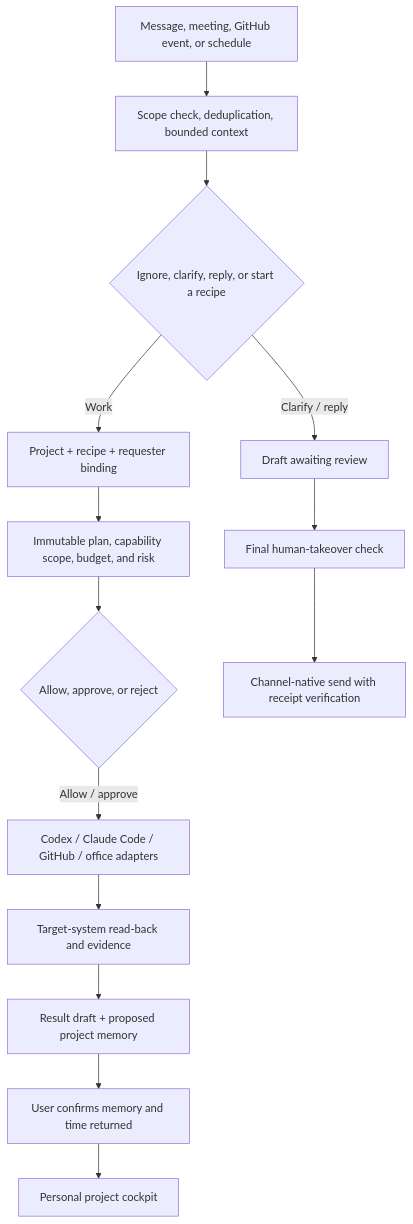
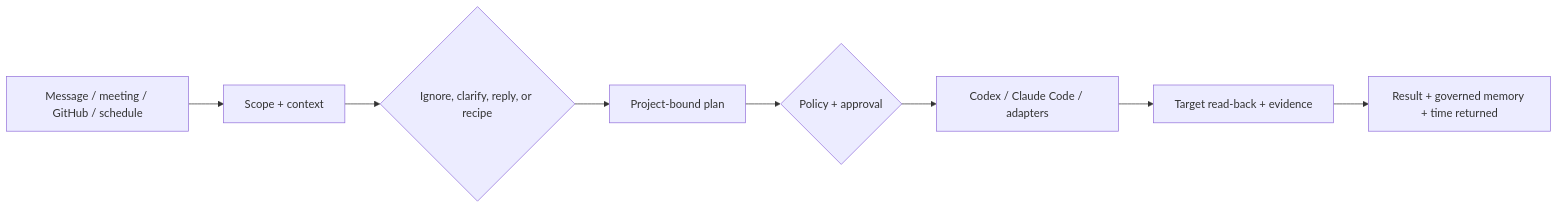
One commit to ruiwang20010702/ai-employee changed the diagram in README.md. Above: the diagram before and after it, drawn with Mermaid. The commit also changed other lines of this file and 13 other files, not shown here.

````diff
--- a/README.md
+++ b/README.md
@@ -63,16 +47,10 @@
 ```mermaid
-flowchart TD
-    A["Message, meeting, GitHub event, or schedule"] --> B["Scope check, deduplication, bounded context"]
-    B --> C{"Ignore, clarify, reply, or start a recipe"}
-    C -->|"Clarify / reply"| D["Draft awaiting review"]
-    C -->|"Work"| E["Project + recipe + requester binding"]
-    E --> F["Immutable plan, capability scope, budget, and risk"]
-    F --> G{"Allow, approve, or reject"}
-    G -->|"Allow / approve"| H["Codex / Claude Code / GitHub / office adapters"]
-    H --> I["Target-system read-back and evidence"]
-    I --> J["Result draft + proposed project memory"]
-    J --> K["User confirms memory and time returned"]
-    D --> L["Final human-takeover check"]
-    L --> M["Channel-native send with receipt verification"]
-    K --> N["Personal project cockpit"]
+flowchart LR
+    A["Message / meeting / GitHub / schedule"] --> B["Scope + context"]
+    B --> C{"Ignore, clarify, reply, or recipe"}
+    C --> D["Project-bound plan"]
+    D --> E{"Policy + approval"}
+    E --> F["Codex / Claude Code / adapters"]
+    F --> G["Target read-back + evidence"]
+    G --> H["Result + governed memory + time returned"]
 ```
````
